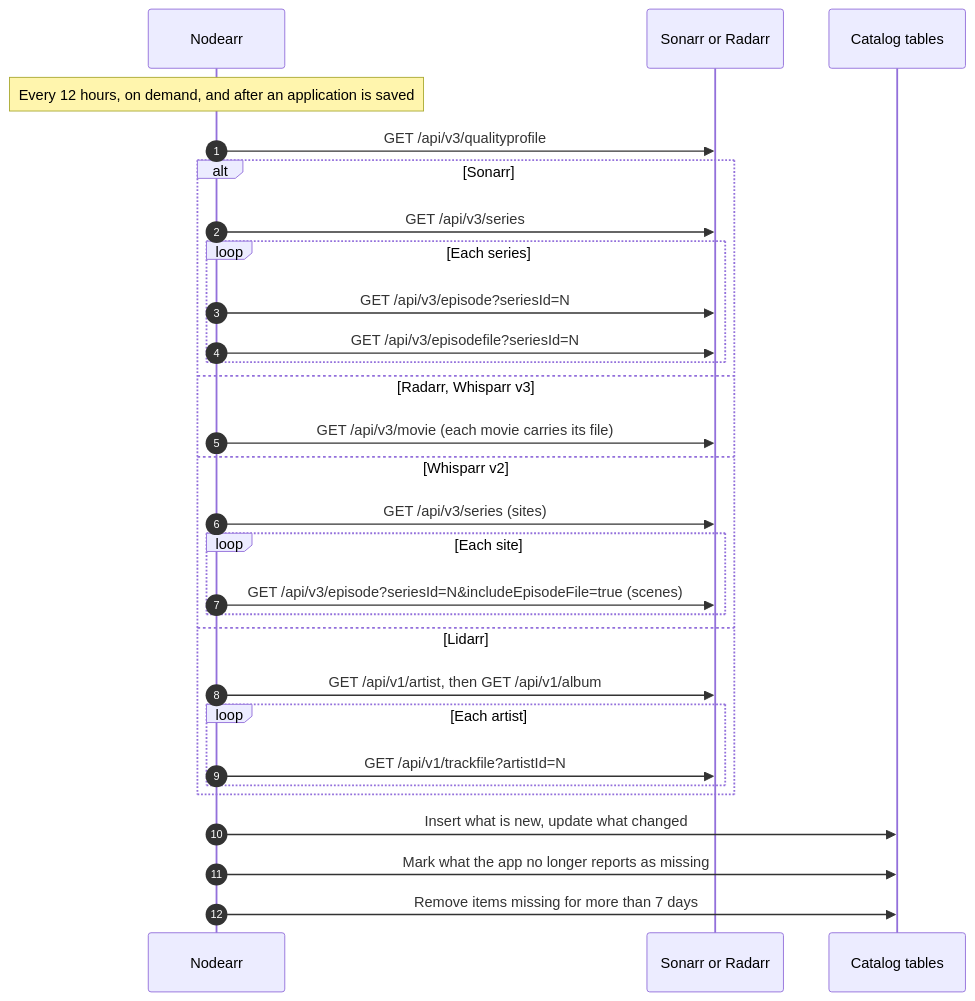
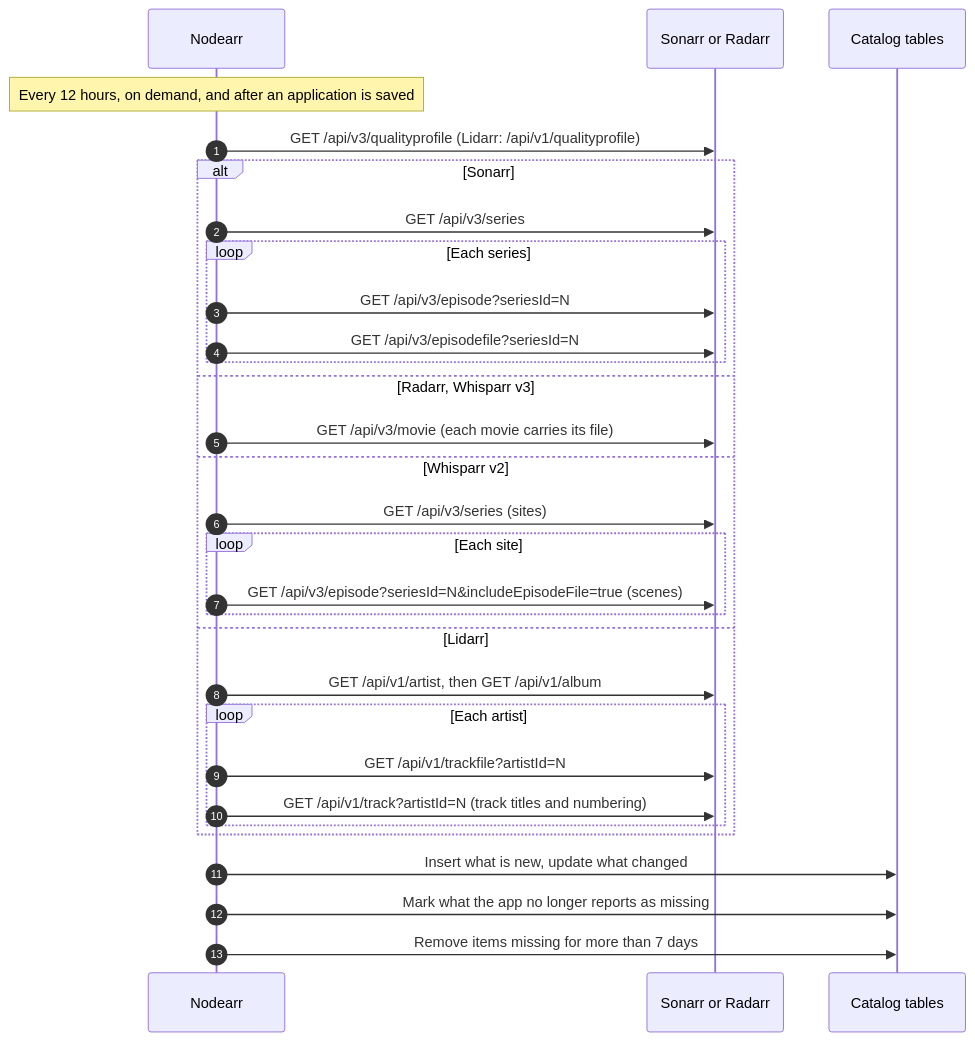
Before and after one commit to Nodearr/Nodearr: the second of 3 diagrams in docs/diagrams/catalog-import-sonarr-radarr.md, drawn with Mermaid. The commit also changed 7 other files, not shown here.

First line of the commit message:
docs(architecture): align diagrams and open work with the code

````diff
--- a/docs/diagrams/catalog-import-sonarr-radarr.md
+++ b/docs/diagrams/catalog-import-sonarr-radarr.md
@@ -36,32 +36,33 @@
 ```mermaid
 sequenceDiagram
     autonumber
     participant Nodearr
     participant Arr as Sonarr or Radarr
     participant Store as Catalog tables
 
     Note over Nodearr: Every 12 hours, on demand, and after an application is saved
-    Nodearr->>Arr: GET /api/v3/qualityprofile
+    Nodearr->>Arr: GET /api/v3/qualityprofile (Lidarr: /api/v1/qualityprofile)
     alt Sonarr
         Nodearr->>Arr: GET /api/v3/series
         loop Each series
             Nodearr->>Arr: GET /api/v3/episode?seriesId=N
             Nodearr->>Arr: GET /api/v3/episodefile?seriesId=N
         end
     else Radarr, Whisparr v3
         Nodearr->>Arr: GET /api/v3/movie (each movie carries its file)
     else Whisparr v2
         Nodearr->>Arr: GET /api/v3/series (sites)
         loop Each site
             Nodearr->>Arr: GET /api/v3/episode?seriesId=N&includeEpisodeFile=true (scenes)
         end
     else Lidarr
         Nodearr->>Arr: GET /api/v1/artist, then GET /api/v1/album
         loop Each artist
             Nodearr->>Arr: GET /api/v1/trackfile?artistId=N
+            Nodearr->>Arr: GET /api/v1/track?artistId=N (track titles and numbering)
         end
     end
     Nodearr->>Store: Insert what is new, update what changed
     Nodearr->>Store: Mark what the app no longer reports as missing
     Nodearr->>Store: Remove items missing for more than 7 days
 ```
````
